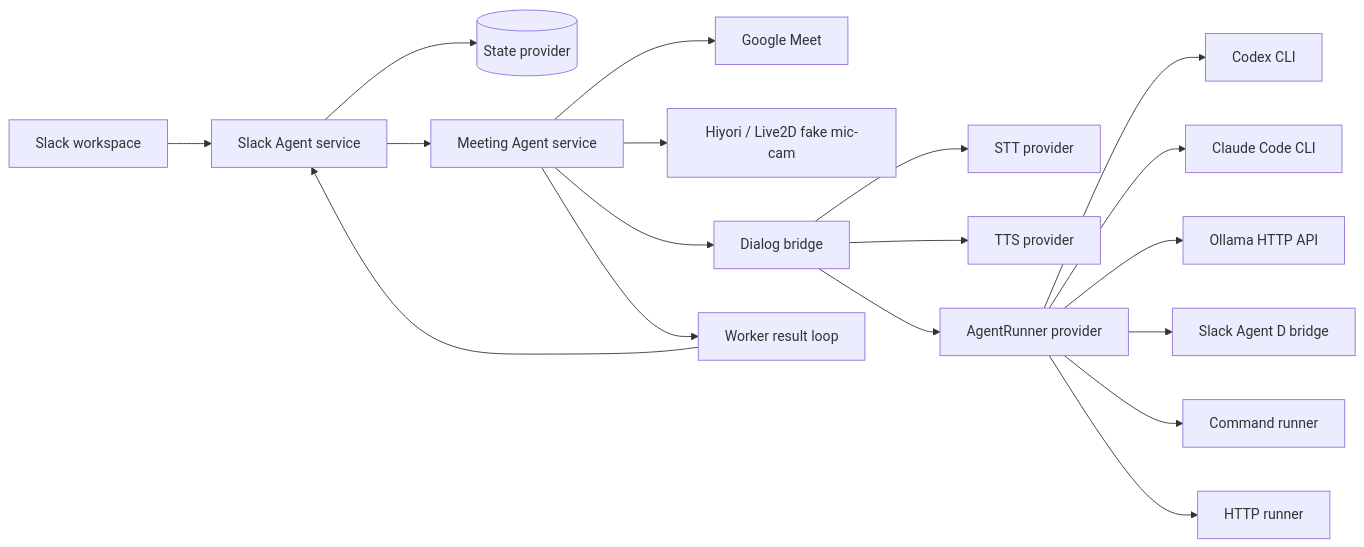
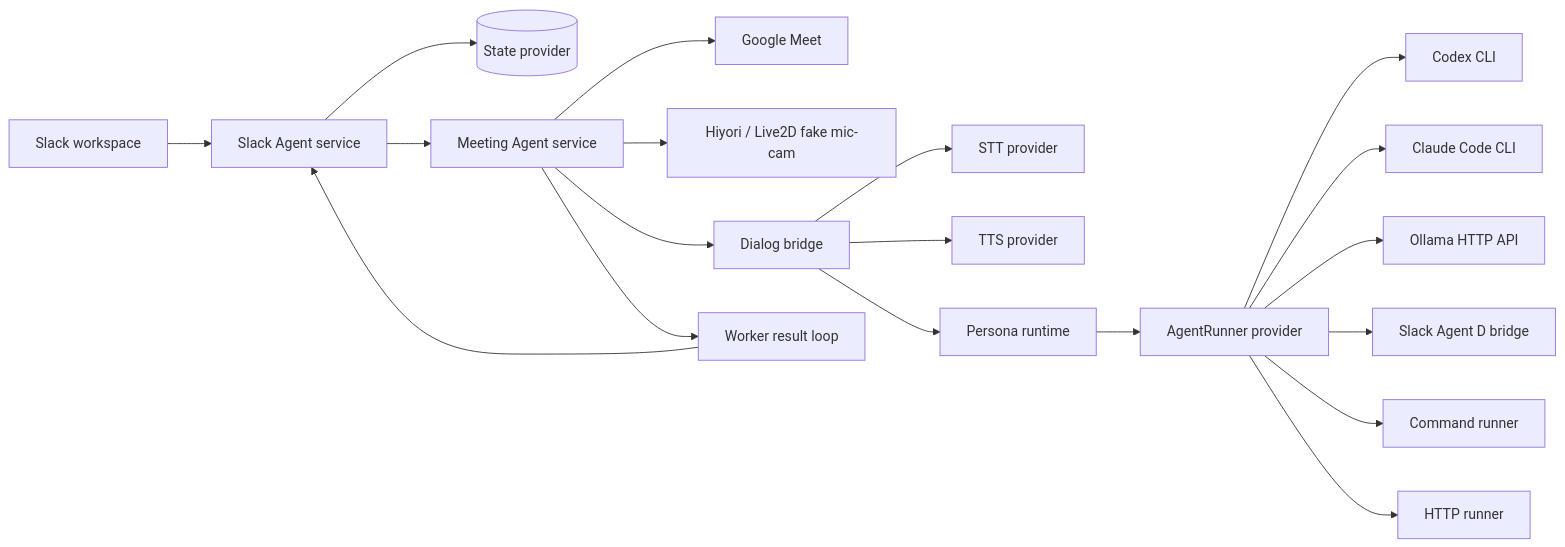
The first of 3 diagrams in docs/architecture.md (AFK-surf/oneesama), drawn with Mermaid before and after one commit. The commit also changed other lines of this file and 2 other files, not shown here.

Commit message:
docs(architecture): define persona runtime pivot

````diff
--- a/docs/architecture.md
+++ b/docs/architecture.md
@@ -7,20 +18,21 @@
 ```mermaid
 flowchart LR
     Slack[Slack workspace] --> SlackAgent[Slack Agent service]
     SlackAgent --> Store[(State provider)]
     SlackAgent --> MeetingAgent[Meeting Agent service]
     MeetingAgent --> Meet[Google Meet]
     MeetingAgent --> Avatar[Hiyori / Live2D fake mic-cam]
     MeetingAgent --> Dialog[Dialog bridge]
     Dialog --> STT[STT provider]
     Dialog --> TTS[TTS provider]
-    Dialog --> Runner[AgentRunner provider]
+    Dialog --> Persona[Persona runtime]
+    Persona --> Runner[AgentRunner provider]
     Runner --> Codex[Codex CLI]
     Runner --> Claude[Claude Code CLI]
     Runner --> Ollama[Ollama HTTP API]
     Runner --> SlackAgentD[Slack Agent D bridge]
     Runner --> Command[Command runner]
     Runner --> HTTP[HTTP runner]
     MeetingAgent --> Worker[Worker result loop]
     Worker --> SlackAgent
 ```
````
